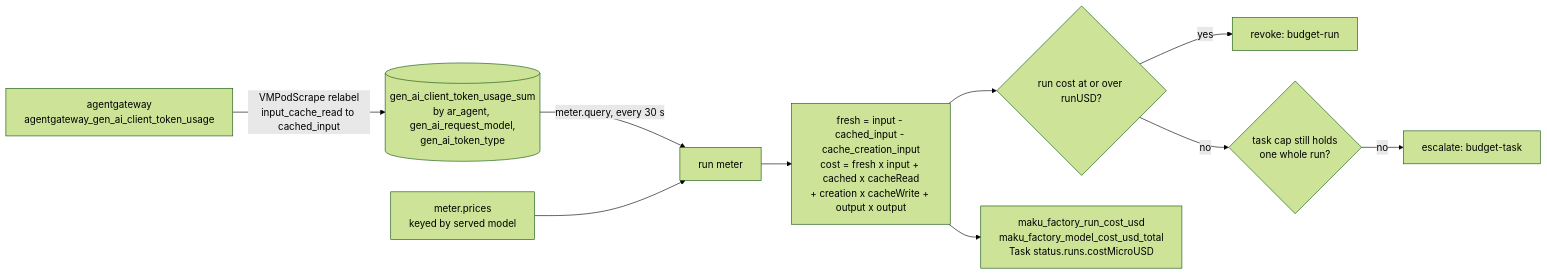
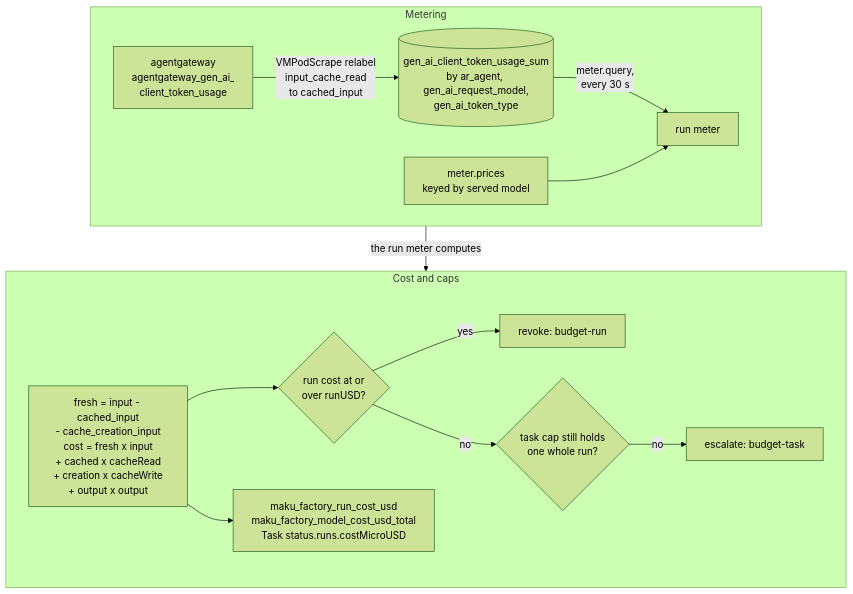
The fourth of 5 diagrams in website/content/docs/platform/ai-platform/routing.md (Smana/ai-native-ref), drawn with Mermaid (forest theme) before and after one commit. The commit also changed other lines of this file and 4 other files, not shown here.

First line of the commit message:
docs(site): reshape the long mermaid diagrams so they read at page width (#278)

````diff
--- a/website/content/docs/platform/ai-platform/routing.md
+++ b/website/content/docs/platform/ai-platform/routing.md
@@ -309,12 +316,19 @@
 ```mermaid
-flowchart LR
-  GW["agentgateway<br/>agentgateway_gen_ai_client_token_usage"] -->|"VMPodScrape relabel<br/>input_cache_read to cached_input"| VM[("gen_ai_client_token_usage_sum<br/>by ar_agent, gen_ai_request_model,<br/>gen_ai_token_type")]
-  VM -->|"meter.query, every 30 s"| M["run meter"]
-  P["meter.prices<br/>keyed by served model"] --> M
-  M --> F["fresh = input - cached_input - cache_creation_input<br/>cost = fresh x input + cached x cacheRead<br/>+ creation x cacheWrite + output x output"]
-  F --> C1{"run cost at or over runUSD?"}
-  C1 -->|"yes"| Rev["revoke: budget-run"]
-  C1 -->|"no"| C2{"task cap still holds<br/>one whole run?"}
-  C2 -->|"no"| Esc["escalate: budget-task"]
-  F --> Met["maku_factory_run_cost_usd<br/>maku_factory_model_cost_usd_total<br/>Task status.runs.costMicroUSD"]
+flowchart TB
+  subgraph meter["Metering"]
+    direction LR
+    GW["agentgateway<br/>agentgateway_gen_ai_<br/>client_token_usage"] -->|"VMPodScrape relabel<br/>input_cache_read<br/>to cached_input"| VM[("gen_ai_client_token_usage_sum<br/>by ar_agent, gen_ai_request_model,<br/>gen_ai_token_type")]
+    VM -->|"meter.query,<br/>every 30 s"| M["run meter"]
+    P["meter.prices<br/>keyed by served model"] --> M
+  end
+  subgraph cost["Cost and caps"]
+    direction LR
+    F["fresh = input - cached_input<br/>- cache_creation_input<br/>cost = fresh x input<br/>+ cached x cacheRead<br/>+ creation x cacheWrite<br/>+ output x output"]
+    F --> C1{"run cost at or<br/>over runUSD?"}
+    C1 -->|"yes"| Rev["revoke: budget-run"]
+    C1 -->|"no"| C2{"task cap still holds<br/>one whole run?"}
+    C2 -->|"no"| Esc["escalate: budget-task"]
+    F --> Met["maku_factory_run_cost_usd<br/>maku_factory_model_cost_usd_total<br/>Task status.runs.costMicroUSD"]
+  end
+  meter -->|"the run meter computes"| cost
 ```
````
